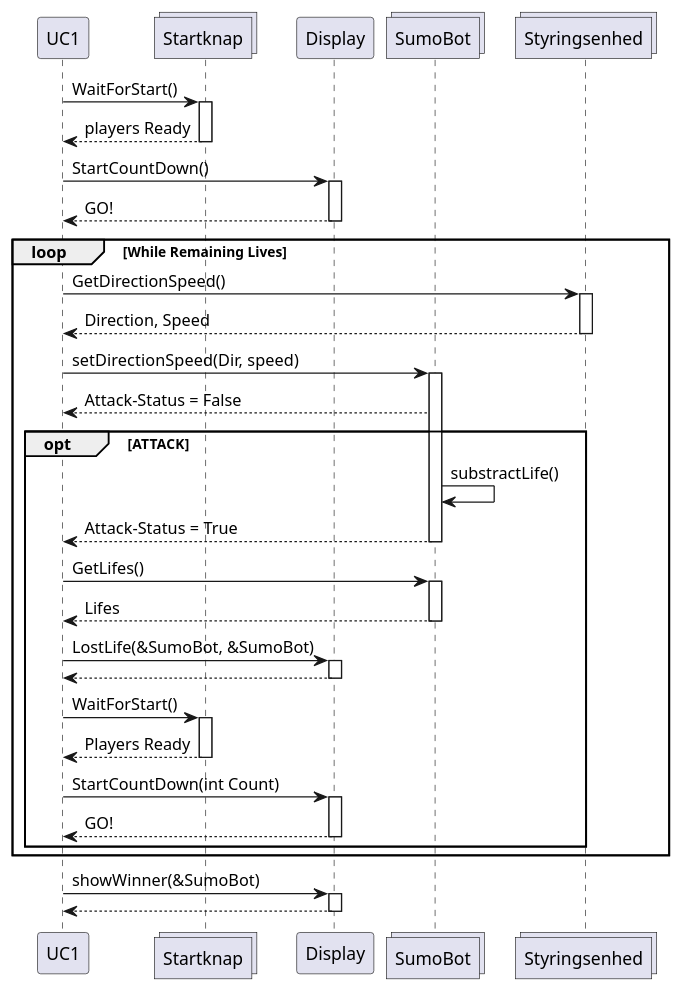
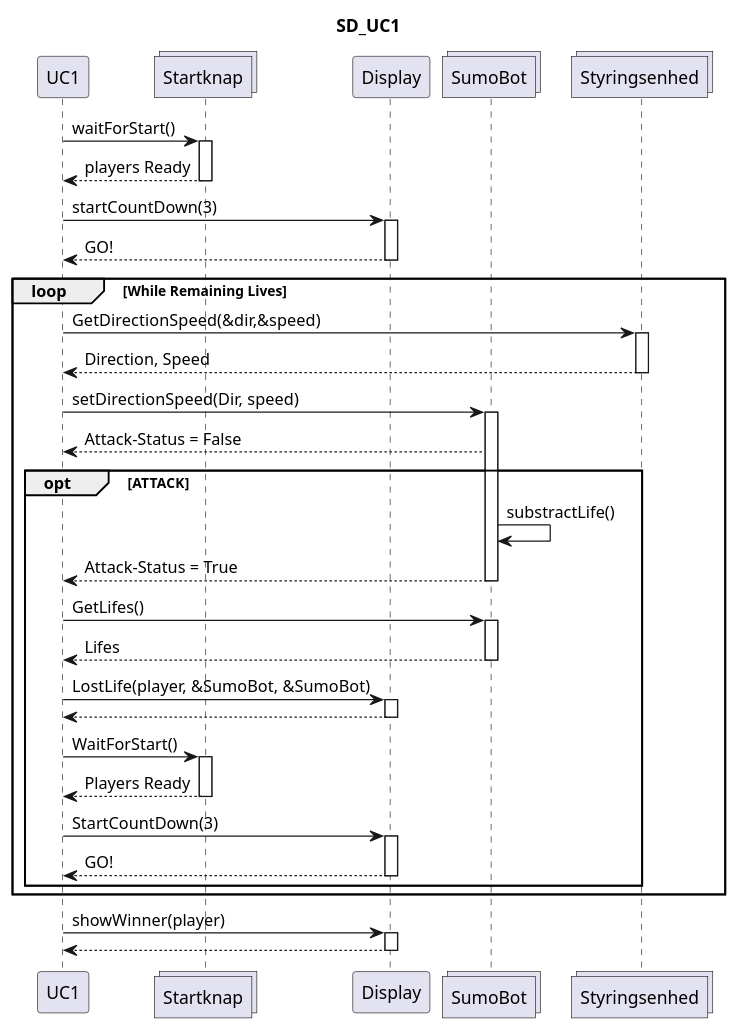
The diagram in Diagrammer/CentralComputer/Sekvensdiagrammer/UC1_sekvensdiagram/UC1_SD.plantuml (Solvgraa-mager/E3PRJ3), drawn with PlantUML before and after one commit. The commit also changed 27 other files, not shown here.

```diff
--- a/Diagrammer/CentralComputer/Sekvensdiagrammer/UC1_sekvensdiagram/UC1_SD.plantuml
+++ b/Diagrammer/CentralComputer/Sekvensdiagrammer/UC1_sekvensdiagram/UC1_SD.plantuml
@@ -1,59 +1,61 @@
 @startuml
 
 participant UC1
 collections Startknap
 participant Display
 collections SumoBot
 collections Styringsenhed
 
+title SD_UC1
+
 ' ***Pkt 1***
-UC1 -> Startknap: WaitForStart()
+UC1 -> Startknap: waitForStart()
 activate Startknap
 UC1 <-- Startknap: players Ready
 deactivate Startknap
 ' ***Pkt 2***
-UC1 -> Display: StartCountDown()
+UC1 -> Display: startCountDown(3)
 activate Display
 UC1 <-- Display: GO!
 deactivate Display
 loop While Remaining Lives
 ' ***Pkt 3***
-    UC1 -> Styringsenhed: GetDirectionSpeed()
+    UC1 -> Styringsenhed: GetDirectionSpeed(&dir,&speed)
     activate Styringsenhed
     UC1 <-- Styringsenhed: Direction, Speed
     deactivate Styringsenhed
     UC1 -> SumoBot: setDirectionSpeed(Dir, speed)
     activate SumoBot
     UC1 <-- SumoBot: Attack-Status = False
 ' ***Pkt 4***    
     opt ATTACK
         SumoBot -> SumoBot : substractLife()
         UC1 <-- SumoBot: Attack-Status = True
         deactivate SumoBot
 ' ***Pkt 5***
         UC1 -> SumoBot : GetLifes()
         activate SumoBot
         SumoBot --> UC1 : Lifes
         deactivate SumoBot
-        UC1 -> Display : LostLife(&SumoBot, &SumoBot)
+        UC1 -> Display : LostLife(player, &SumoBot, &SumoBot)
         activate Display
         Display --> UC1 :
         deactivate Display 
 '***Pkt 6***
         UC1 -> Startknap : WaitForStart()
         activate Startknap
         Startknap --> UC1 : Players Ready
         deactivate Startknap
 '***Pkt 7***
-        UC1 -> Display : StartCountDown(int Count)
+        UC1 -> Display : StartCountDown(3)
         activate Display
         Display --> UC1 : GO!
         deactivate Display
     end opt
 end loop
 '***Pkt 9***
-        UC1 -> Display : showWinner(&SumoBot)
+        UC1 -> Display : showWinner(player)
         activate Display
         Display --> UC1 :
         deactivate Display    
 @enduml
```
